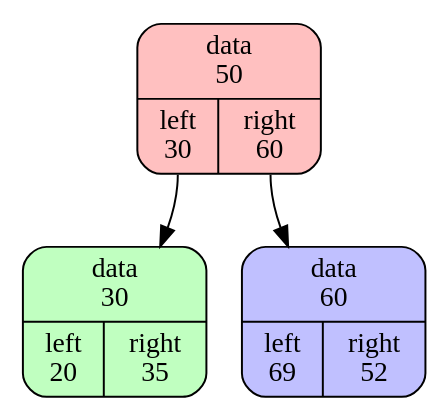
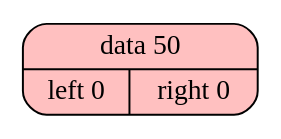
The diagram in dump.dot (Anastasia-october/Tree), drawn with Graphviz before and after one commit. The commit also changed 4 other files, not shown here.

Commit message:
done one node graph dump

```diff
--- a/dump.dot
+++ b/dump.dot
@@ -1,12 +1,6 @@
 digraph {
-    rankdir=TB;
-    node [shape=Mrecord];
+	rankdir=TB;
+	node [shape=Mrecord];
 
-
-    knot_1 [ style=filled, fillcolor="#FFC0C0",  label="{ <data> data\n50 | { <left> left\n30 | <right> right\n60 }} "];
-    knot_2 [ style=filled, fillcolor="#C0FFC0",  label="{ <data> data\n30 | { <left> left\n20 | <right> right\n35 }} "];
-    knot_3 [ style=filled, fillcolor="#C0C0FF", label="{ <data> data\n60 | { <left> left\n69 | <right> right\n52 }} "];
-
-    knot_1:<left> -> knot_2;
-    knot_1:<right> -> knot_3;
+	knot_1 [ style=filled, fillcolor="#FFC0C0",  label="{ <data> data 50 | { <left> left 0 | <right> right 0 }} "];
 }
```
